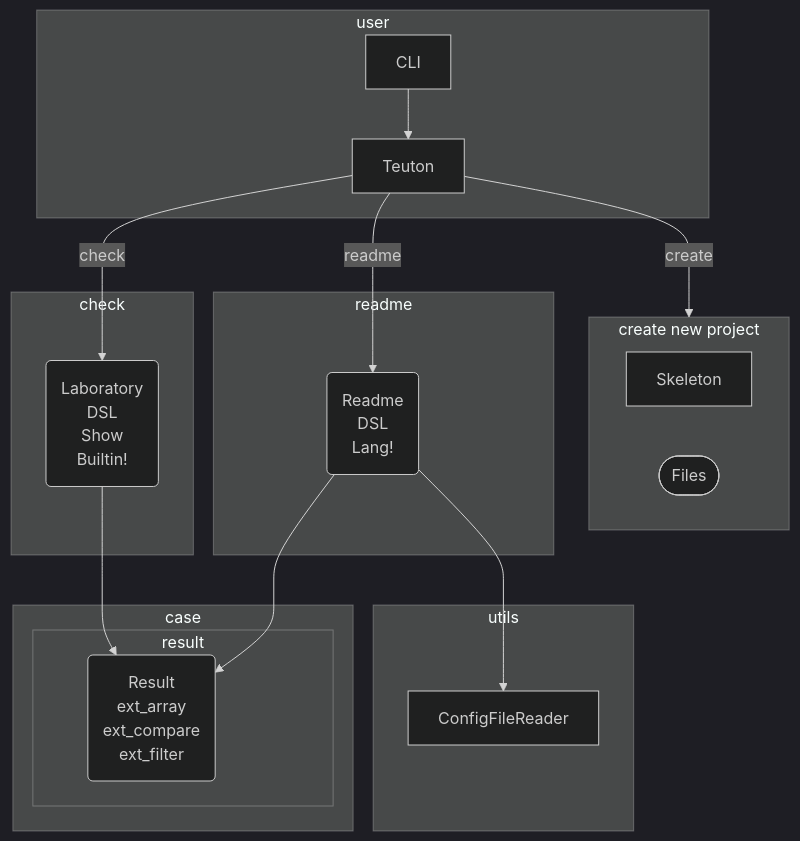
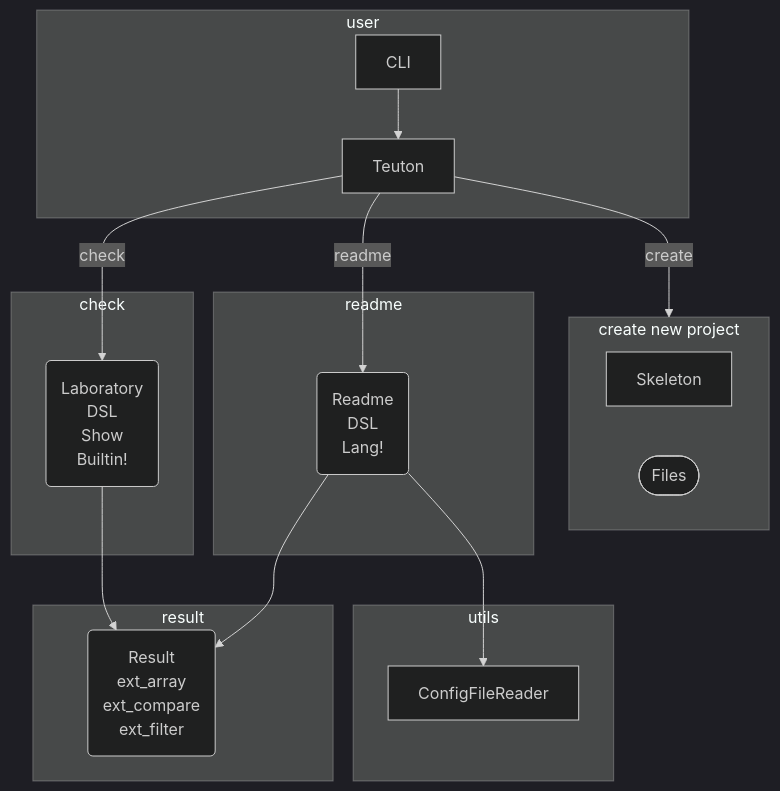
Before and after one commit to teuton-software/teuton: the first of 2 diagrams in docs/diagram.md, drawn with Mermaid (dark theme). The commit also changed 4 other files, not shown here.

````diff
--- a/docs/diagram.md
+++ b/docs/diagram.md
@@ -5,33 +5,30 @@
 ```mermaid
 flowchart TB
 
 subgraph user
   CLI --> Teuton
 end
 
 subgraph "create new project"
   direction LR
   Teuton -- create --> Skeleton
   Files([Files])
 end
 
 subgraph check
   Teuton -- check --> Laboratory("Laboratory\nDSL\nShow\nBuiltin!")
 end
 
 subgraph readme
   Teuton -- readme --> Readme("Readme\nDSL\nLang!")
 end
 
-subgraph case
-
-  subgraph result
-    Laboratory --> Result
-    Readme --> Result("Result\next_array\next_compare\next_filter")
-  end
+subgraph result
+  Laboratory --> Result
+  Readme --> Result("Result\next_array\next_compare\next_filter")
 end
 
 subgraph utils
   Readme --> ConfigFileReader
 end
 ```
````
